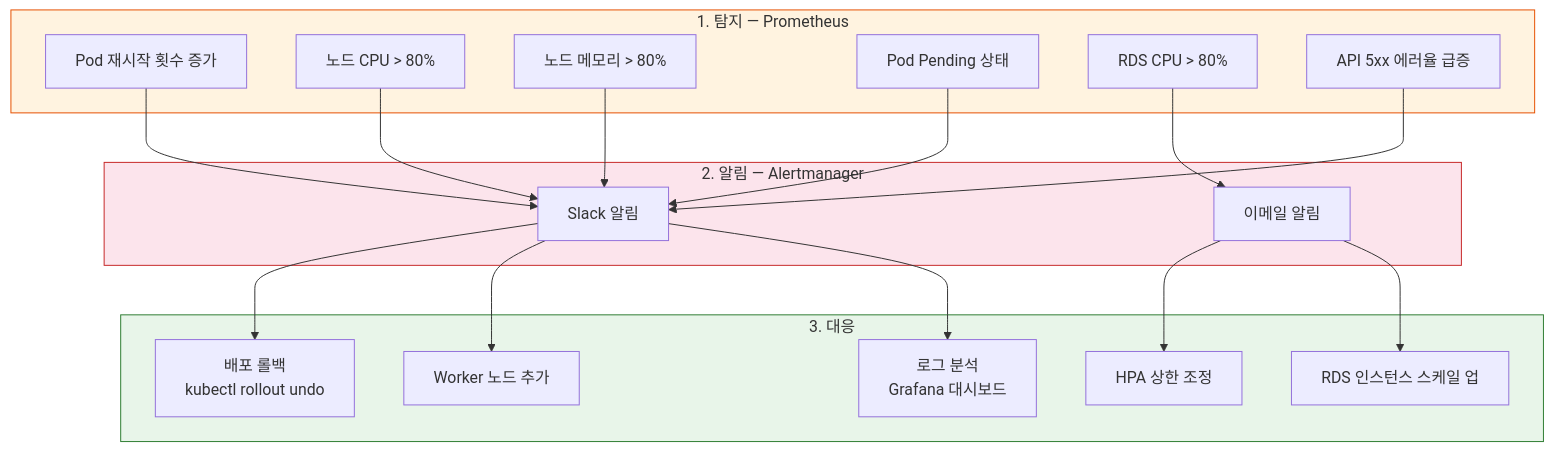
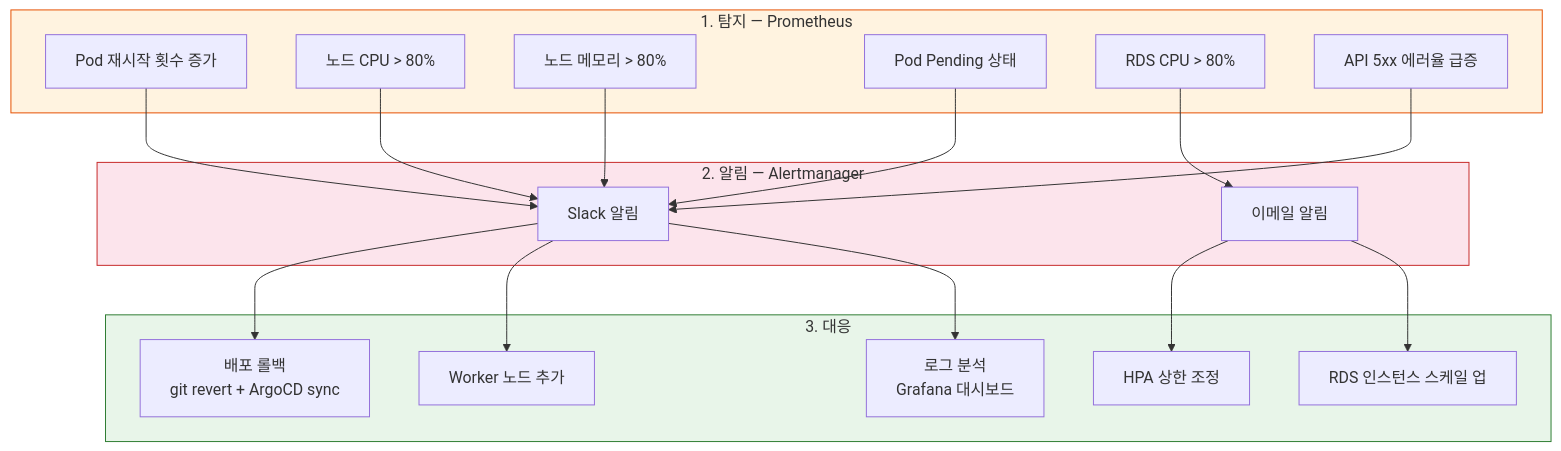
Before and after one commit to revenantonthemission/2-cho-community-be: diagram 18 of 18 in report.md, drawn with Mermaid. The commit also changed other lines of this file, not shown here.

First line of the commit message:
docs: report.md ArgoCD GitOps 반영

````diff
--- a/report.md
+++ b/report.md
@@ -875,41 +883,41 @@
 ```mermaid
 flowchart TD
     subgraph Detect["1. 탐지 — Prometheus"]
         Pod_Restart["Pod 재시작 횟수 증가"]
         CPU_High["노드 CPU > 80%"]
         Mem_High["노드 메모리 > 80%"]
         Pod_Pending["Pod Pending 상태"]
         RDS_CPU["RDS CPU > 80%"]
         API_5xx["API 5xx 에러율 급증"]
     end
 
     subgraph Alert["2. 알림 — Alertmanager"]
         Slack["Slack 알림"]
         Email["이메일 알림"]
     end
 
     subgraph Response["3. 대응"]
-        Rollback["배포 롤백<br/>kubectl rollout undo"]
+        Rollback["배포 롤백<br/>git revert + ArgoCD sync"]
         Scale_Node["Worker 노드 추가"]
         Scale_Pod["HPA 상한 조정"]
         RDS_Scale["RDS 인스턴스 스케일 업"]
         Debug["로그 분석<br/>Grafana 대시보드"]
     end
 
     Pod_Restart --> Slack
     CPU_High --> Slack
     Mem_High --> Slack
     Pod_Pending --> Slack
     RDS_CPU --> Email
     API_5xx --> Slack
 
     Slack --> Rollback
     Slack --> Scale_Node
     Email --> Scale_Pod
     Email --> RDS_Scale
     Slack --> Debug
 
     style Detect fill:#fff3e0,stroke:#e65100
     style Alert fill:#fce4ec,stroke:#c62828
     style Response fill:#e8f5e9,stroke:#2e7d32
 ```
````
